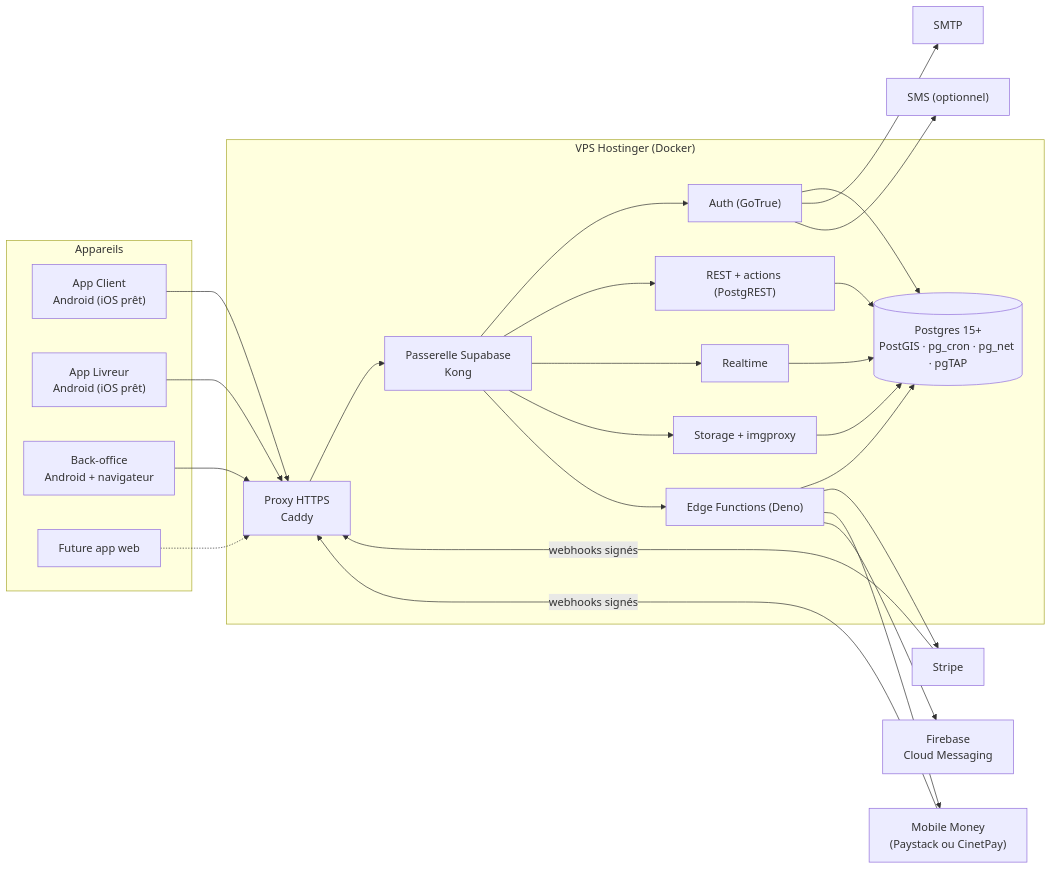
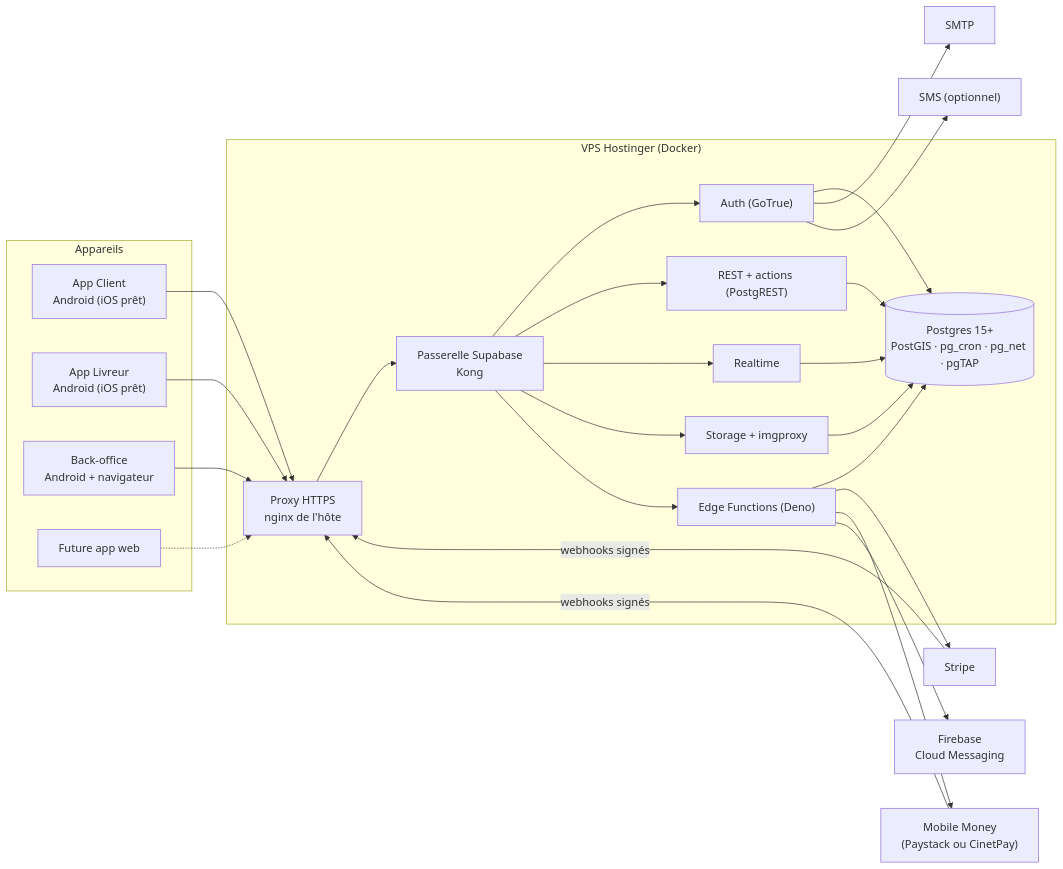
The diagram in docs/architecture.md (Kelenix/tchopi), drawn with Mermaid before and after one commit. The commit also changed other lines of this file and 17 other files, not shown here.

````diff
--- a/docs/architecture.md
+++ b/docs/architecture.md
@@ -12,27 +12,27 @@
 ```mermaid
 flowchart LR
   subgraph Appareils
     CL["App Client<br/>Android (iOS prêt)"]
     CO["App Livreur<br/>Android (iOS prêt)"]
     BO["Back-office<br/>Android + navigateur"]
     WEB["Future app web"]
   end
   subgraph VPS["VPS Hostinger (Docker)"]
-    PX["Proxy HTTPS<br/>Caddy"]
+    PX["Proxy HTTPS<br/>nginx de l'hôte"]
     KG["Passerelle Supabase<br/>Kong"]
     AU["Auth (GoTrue)"]
     PR["REST + actions (PostgREST)"]
     RT["Realtime"]
     ST["Storage + imgproxy"]
     EF["Edge Functions (Deno)"]
     DB[("Postgres 15+<br/>PostGIS · pg_cron · pg_net · pgTAP")]
     PX --> KG
     KG --> AU & PR & RT & ST & EF
     AU & PR & RT & ST & EF --> DB
   end
   CL & CO & BO --> PX
   WEB -.-> PX
   EF --> STRIPE["Stripe"] & MOMO["Mobile Money<br/>(Paystack ou CinetPay)"] & FCM["Firebase<br/>Cloud Messaging"]
   STRIPE & MOMO -- "webhooks signés" --> PX
   AU --> SMTP["SMTP"] & SMS["SMS (optionnel)"]
 ```
````
